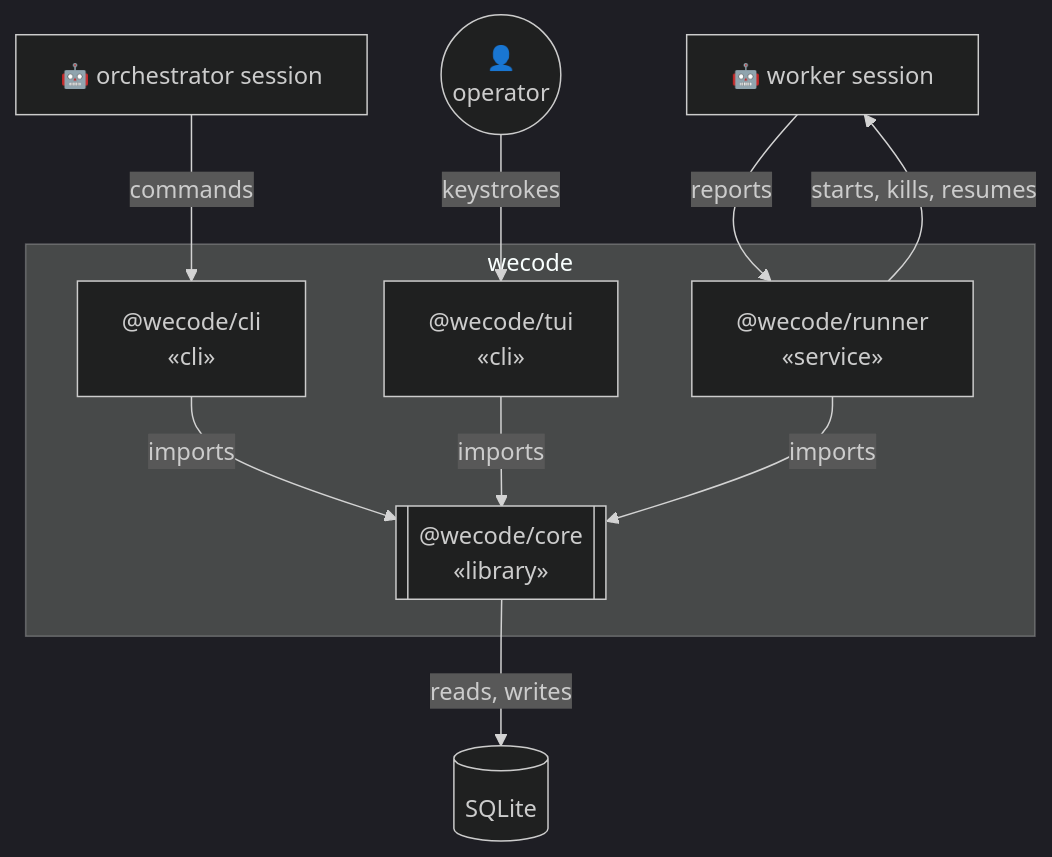
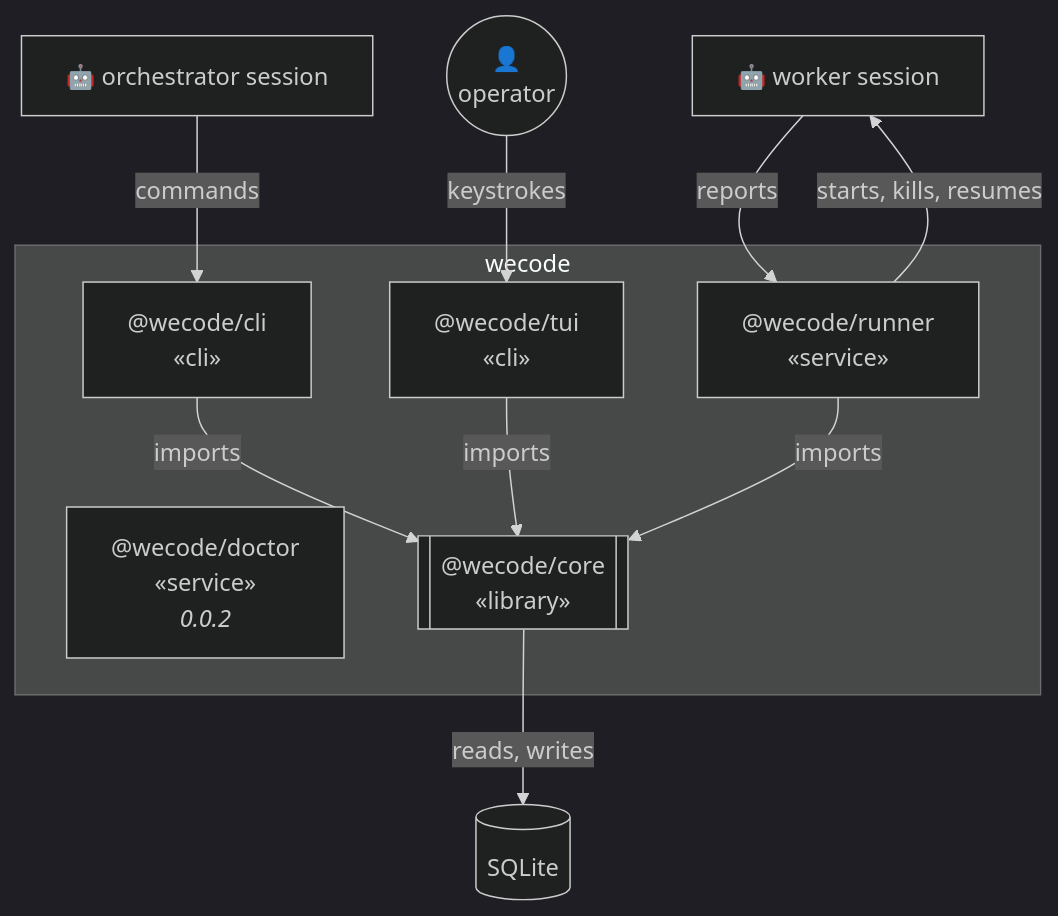
Before and after one commit to chandra-wijaya-setiawan/wecode: the second of 4 diagrams in docs/design/01. Architecture Diagram L1-L2.md, drawn with Mermaid (dark theme). The commit also changed other lines of this file, not shown here.

Commit message:
per-docs-design-16-the-cockpit-md-finish-the-mov: attempt

````diff
--- a/docs/design/01. Architecture Diagram L1-L2.md
+++ b/docs/design/01. Architecture Diagram L1-L2.md
@@ -60,26 +60,28 @@
 ```mermaid
 flowchart TB
     op(("👤<br/>operator"))
     AGO["🤖 orchestrator session"]
     AGW["🤖 worker session"]
 
     subgraph wecode
         CLI["@wecode/cli<br/>«cli»"]
         TUI["@wecode/tui<br/>«cli»"]
         ASG["@wecode/runner<br/>«service»"]
+        DOC["@wecode/doctor<br/>«service»<br/><i>0.0.2</i>"]
+        DOC["@wecode/doctor<br/>«service»<br/><i>0.0.2</i>"]
         CORE[["@wecode/core<br/>«library»"]]
     end
 
     STORE[(SQLite)]
 
     AGO -->|commands| CLI
     op -->|keystrokes| TUI
 
     CLI -->|imports| CORE
     TUI -->|imports| CORE
     ASG -->|imports| CORE
     CORE -->|reads, writes| STORE
 
     ASG -->|starts, kills, resumes| AGW
     AGW -->|reports| ASG
 ```
````
